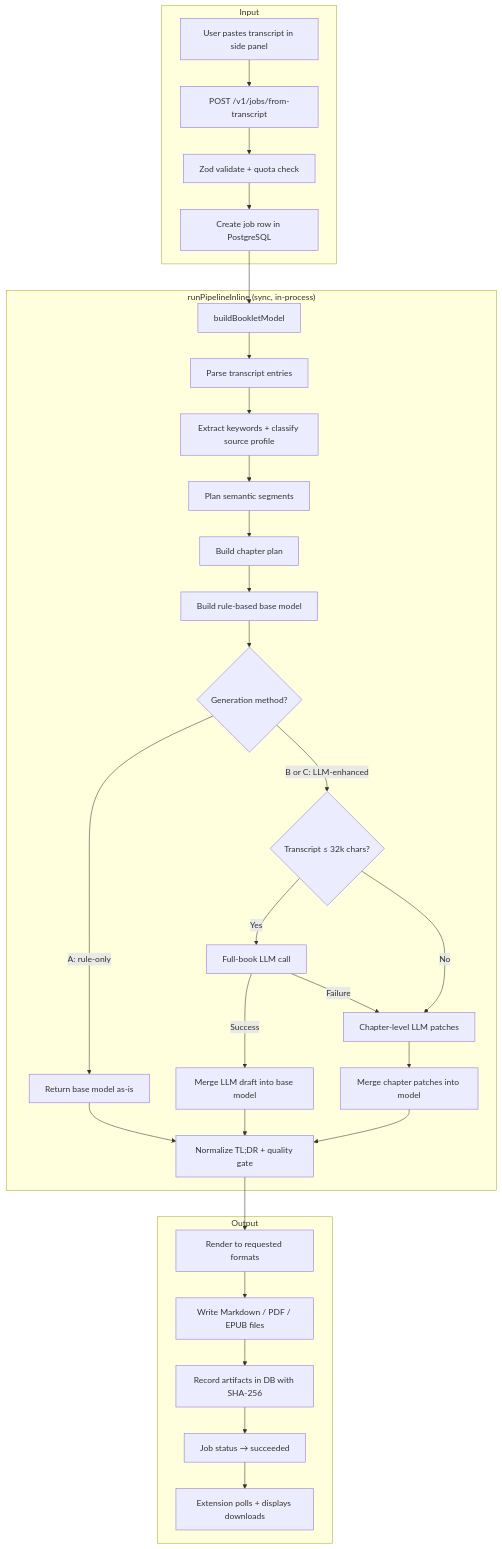
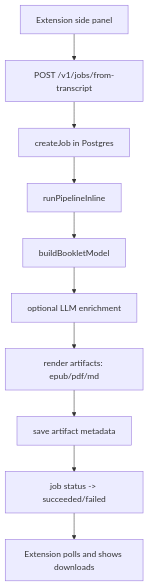
One commit to CeciliaHahan/podcast_to_ebook changed the first of 3 diagrams in README.md. Above: the diagram before and after it, drawn with Mermaid. The commit also changed other lines of this file and 2 other files, not shown here.

Commit message:
docs: rewrite flowcharts for single-user transcript->epub path

````diff
--- a/README.md
+++ b/README.md
@@ -56,38 +50,12 @@
 ```mermaid
 flowchart TD
-  subgraph Input
-    A[User pastes transcript in side panel] --> B[POST /v1/jobs/from-transcript]
-    B --> C[Zod validate + quota check]
-    C --> D[Create job row in PostgreSQL]
-  end
-
-  subgraph Pipeline["runPipelineInline (sync, in-process)"]
-    D --> E[buildBookletModel]
-    E --> F[Parse transcript entries]
-    F --> G[Extract keywords + classify source profile]
-    G --> H[Plan semantic segments]
-    H --> I[Build chapter plan]
-    I --> J[Build rule-based base model]
-    J --> K{Generation method?}
-
-    K -->|A: rule-only| L[Return base model as-is]
-
-    K -->|B or C: LLM-enhanced| M{Transcript ≤ 32k chars?}
-    M -->|Yes| N[Full-book LLM call]
-    M -->|No| O[Chapter-level LLM patches]
-    N -->|Success| P[Merge LLM draft into base model]
-    N -->|Failure| O
-    O --> Q[Merge chapter patches into model]
-    P --> R[Normalize TL;DR + quality gate]
-    Q --> R
-    L --> R
-  end
-
-  subgraph Output
-    R --> S[Render to requested formats]
-    S --> T[Write Markdown / PDF / EPUB files]
-    T --> U[Record artifacts in DB with SHA-256]
-    U --> V[Job status → succeeded]
-    V --> W[Extension polls + displays downloads]
-  end
+  A[Extension side panel] --> B[POST /v1/jobs/from-transcript]
+  B --> C[createJob in Postgres]
+  C --> D[runPipelineInline]
+  D --> E[buildBookletModel]
+  E --> F[optional LLM enrichment]
+  F --> G[render artifacts: epub/pdf/md]
+  G --> H[save artifact metadata]
+  H --> I[job status -> succeeded/failed]
+  I --> J[Extension polls and shows downloads]
 ```
````
